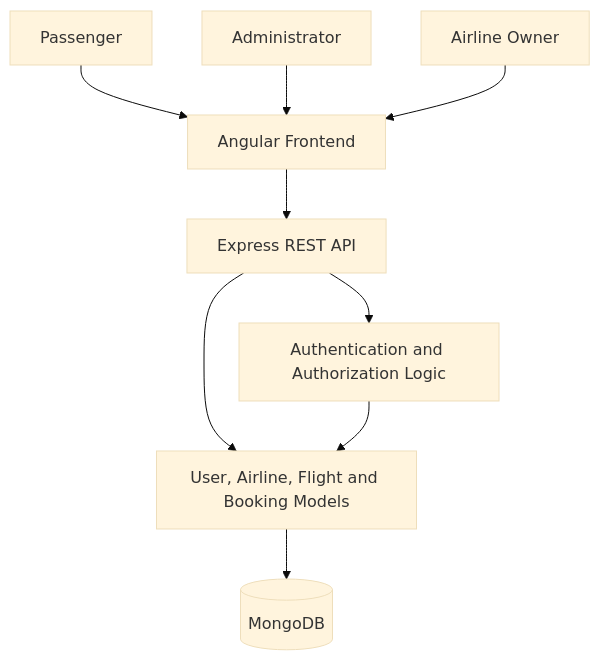
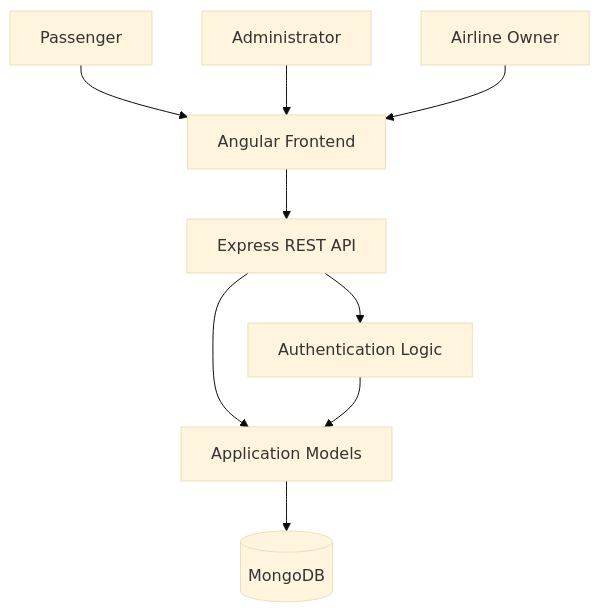
The diagram in README.md (LeelaVani238/flight-booking-main), drawn with Mermaid (base theme) before and after one commit. The commit also changed other lines of this file, not shown here.

````diff
--- a/README.md
+++ b/README.md
@@ -34,13 +45,13 @@
 ```mermaid
 flowchart TD
-    P[Passenger] --> UI[Angular Frontend]
-    A[Administrator] --> UI
-    O[Airline Owner] --> UI
+    A[Passenger] --> D[Angular Frontend]
+    B[Administrator] --> D
+    C[Airline Owner] --> D
 
-    UI --> API[Express REST API]
-    API --> AUTH[Authentication and Authorization Logic]
-    API --> DATA[User, Airline, Flight and Booking Models]
-    DATA --> DB[(MongoDB)]
+    D --> E[Express REST API]
+    E --> F[Authentication Logic]
+    E --> G[Application Models]
+    G --> H[(MongoDB)]
 
-    AUTH --> DATA
+    F --> G
 ```
````
